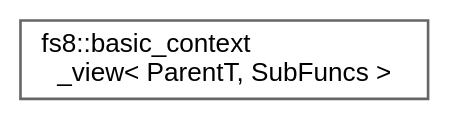
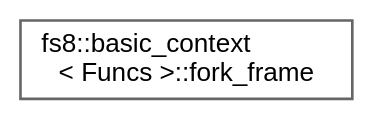
One commit to the-moisrex/foresight changed the diagram in api/inherit_graph_16.dot. Above: the diagram before and after it, drawn with Graphviz. The commit also changed 271 other files, not shown here.

```diff
--- a/api/inherit_graph_16.dot
+++ b/api/inherit_graph_16.dot
@@ -1,9 +1,9 @@
 digraph "Graphical Class Hierarchy"
 {
  // LATEX_PDF_SIZE
   bgcolor="transparent";
   edge [fontname=Helvetica,fontsize=10,labelfontname=Helvetica,labelfontsize=10];
   node [fontname=Helvetica,fontsize=10,shape=box,height=0.2,width=0.4];
   rankdir="LR";
-  Node0 [id="Node000000",label="fs8::basic_context\l_view\< ParentT, SubFuncs \>",height=0.2,width=0.4,color="grey40", fillcolor="white", style="filled",URL="$structfs8_1_1basic__context__view.html",tooltip=" "];
+  Node0 [id="Node000000",label="fs8::basic_context\l\< Funcs \>::fork_frame",height=0.2,width=0.4,color="grey40", fillcolor="white", style="filled",URL="$structfs8_1_1basic__context_1_1fork__frame.html",tooltip="A frame on the fork stack: tracks which mods tuple to iterate and where to start."];
 }
```
